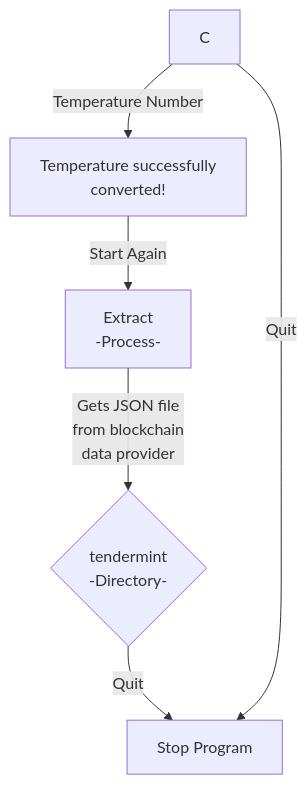
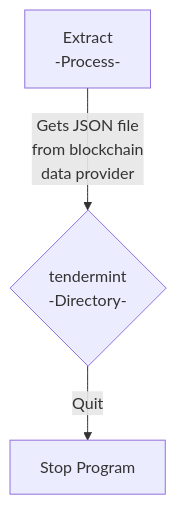
Before and after one commit to patmcfarland/one: the diagram in README.md, drawn with Mermaid.

````diff
--- a/README.md
+++ b/README.md
@@ -1,10 +1,7 @@
 ```mermaid
 flowchart TD
 A[Extract<br>-Process-]
 A -- Gets JSON file<br>from blockchain<br>data provider --> B
 B{tendermint<br>-Directory-}
-C -- Temperature Number --> D[Temperature successfully<br>converted!] 
-D -- Start Again -->A
-B -- Quit --> E[Stop Program]
-C -- Quit --> E
+B -- Quit --> C[Stop Program]
 ```
````
